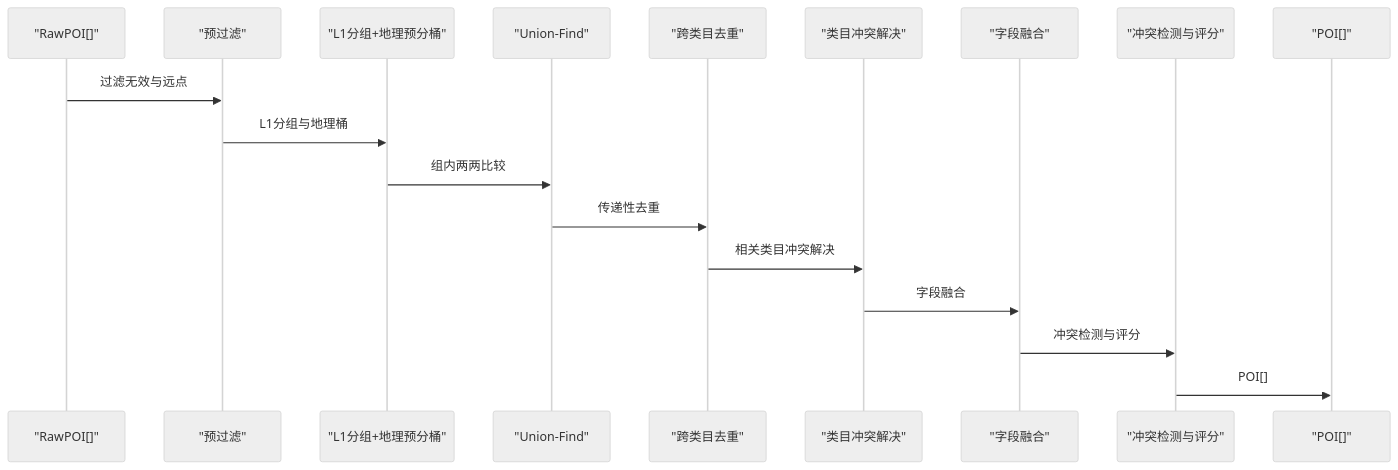
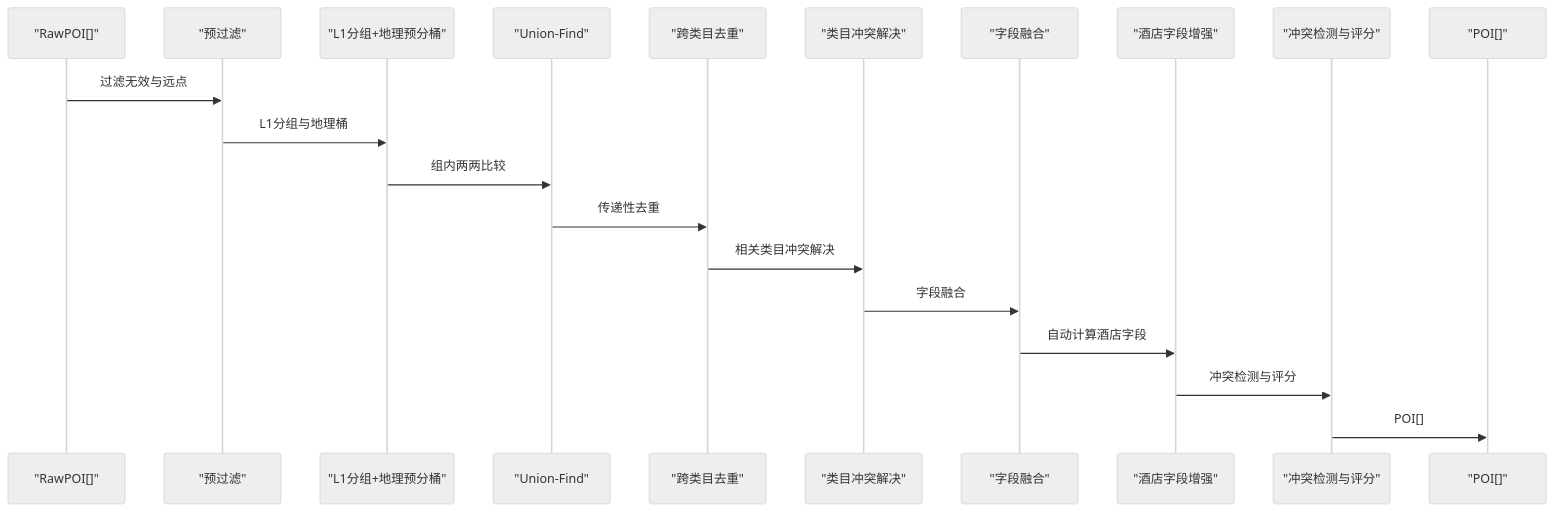
Before and after one commit to ititjjy/AITrip-plan: the ninth of 11 diagrams in .qoder/repowiki/zh/content/AI数据采集系统/数据处理管道/数据合并算法.md, drawn with Mermaid (neutral theme). The commit also changed other lines of this file and 28 other files, not shown here.

````diff
--- a/.qoder/repowiki/zh/content/AI数据采集系统/数据处理管道/数据合并算法.md
+++ b/.qoder/repowiki/zh/content/AI数据采集系统/数据处理管道/数据合并算法.md
@@ -293,20 +370,22 @@
 ```mermaid
 sequenceDiagram
 participant In as "RawPOI[]"
 participant PF as "预过滤"
 participant LG as "L1分组+地理预分桶"
 participant UF as "Union-Find"
 participant CC as "跨类目去重"
 participant CL as "类目冲突解决"
 participant ME as "字段融合"
+participant HE as "酒店字段增强"
 participant SC as "冲突检测与评分"
 participant Out as "POI[]"
 In->>PF : 过滤无效与远点
 PF->>LG : L1分组与地理桶
 LG->>UF : 组内两两比较
 UF->>CC : 传递性去重
 CC->>CL : 相关类目冲突解决
 CL->>ME : 字段融合
-ME->>SC : 冲突检测与评分
+ME->>HE : 自动计算酒店字段
+HE->>SC : 冲突检测与评分
 SC->>Out : POI[]
 ```
````
